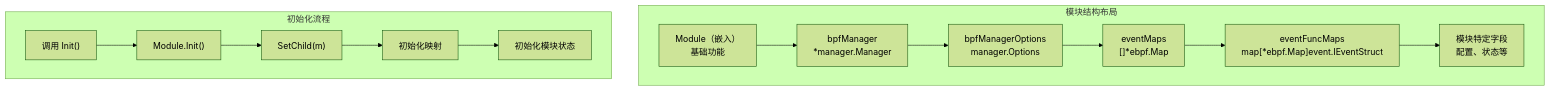
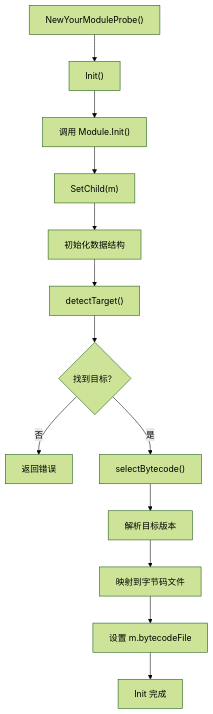
The third of 4 diagrams in src/zh/5-development-guide/5.3-adding-new-modules.md (gojue/ecapture.cc), drawn with Mermaid (forest theme) before and after one commit. The commit also changed other lines of this file and 115 other files, not shown here.

````diff
--- a/src/zh/5-development-guide/5.3-adding-new-modules.md
+++ b/src/zh/5-development-guide/5.3-adding-new-modules.md
@@ -123,30 +516,15 @@
 ```mermaid
 graph TD
-    subgraph "模块结构布局"
-        Base["Module（嵌入）<br/>基础功能"]
-        Manager["bpfManager<br/>*manager.Manager"]
-        Options["bpfManagerOptions<br/>manager.Options"]
-        EventMaps["eventMaps<br/>[]*ebpf.Map"]
-        EventFuncs["eventFuncMaps<br/>map[*ebpf.Map]event.IEventStruct"]
-        Custom["模块特定字段<br/>配置、状态等"]
-    end
-    
-    subgraph "初始化流程"
-        InitCall["调用 Init()"]
-        BaseInit["Module.Init()"]
-        SetChild["SetChild(m)"]
-        InitMaps["初始化映射"]
-        InitState["初始化模块状态"]
-    end
-    
-    InitCall --> BaseInit
-    BaseInit --> SetChild
-    SetChild --> InitMaps
-    InitMaps --> InitState
-    
-    Base --> Manager
-    Manager --> Options
-    Options --> EventMaps
-    EventMaps --> EventFuncs
-    EventFuncs --> Custom
+    A["NewYourModuleProbe()"] --> B["Init()"]
+    B --> C["调用 Module.Init()"]
+    C --> D["SetChild(m)"]
+    D --> E["初始化数据结构"]
+    E --> F["detectTarget()"]
+    F --> G{"找到目标？"}
+    G -->|否| H["返回错误"]
+    G -->|是| I["selectBytecode()"]
+    I --> J["解析目标版本"]
+    J --> K["映射到字节码文件"]
+    K --> L["设置 m.bytecodeFile"]
+    L --> M["Init 完成"]
 ```
````
